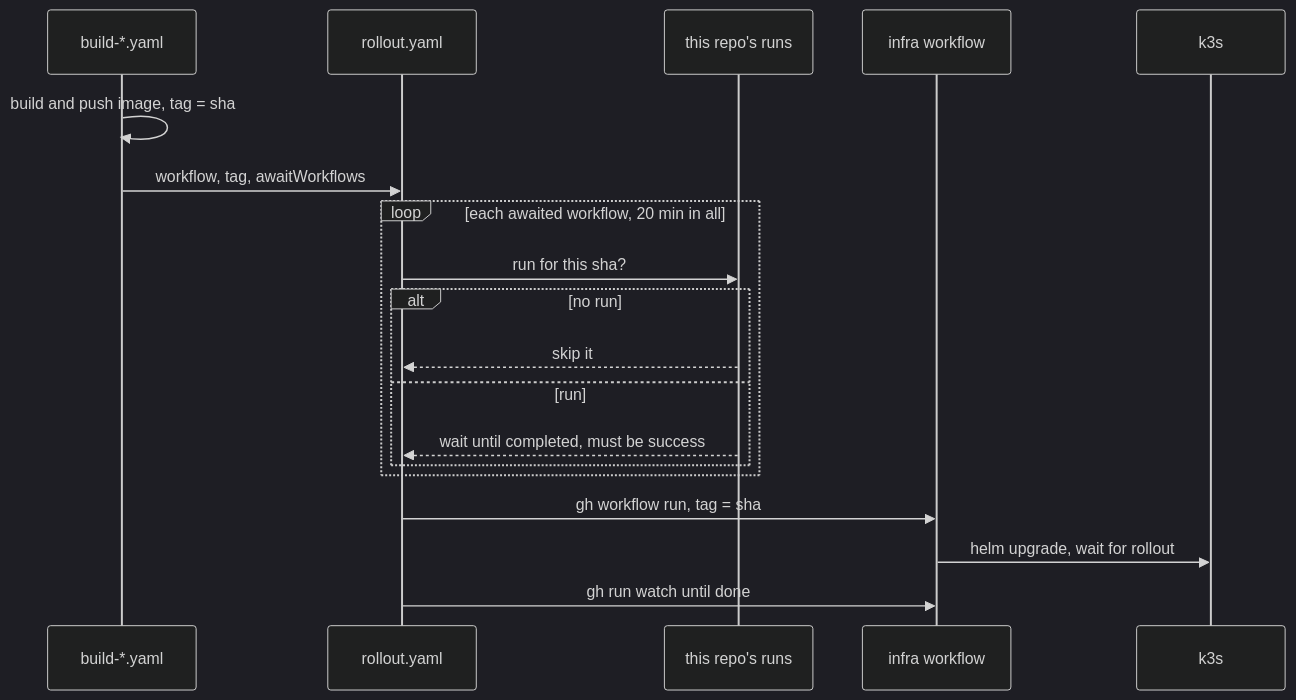
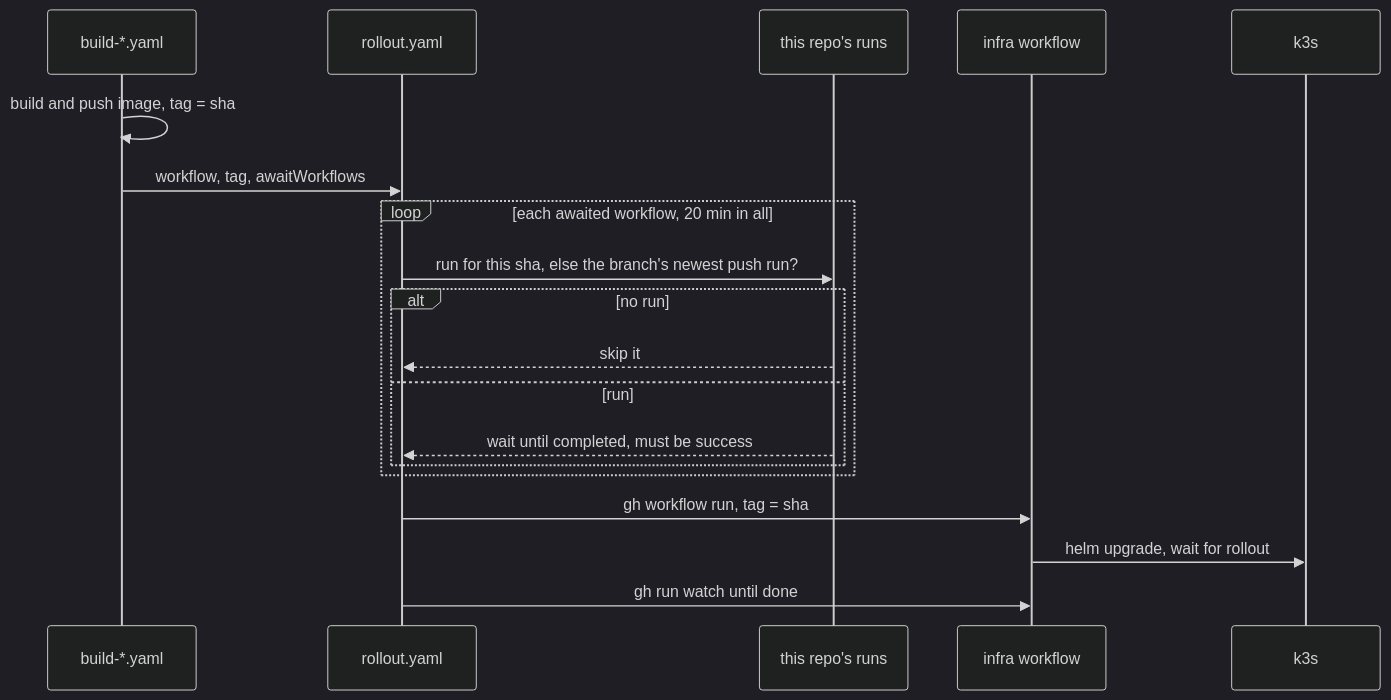
One commit to beeblastco/broods changed the third of 5 diagrams in apps/docs/docs/internals/ci-cd.md. Above: the diagram before and after it, drawn with Mermaid (dark theme). The commit also changed other lines of this file and 14 other files, not shown here.

````diff
--- a/apps/docs/docs/internals/ci-cd.md
+++ b/apps/docs/docs/internals/ci-cd.md
@@ -73,22 +73,22 @@
 ```mermaid
 sequenceDiagram
   participant B as build-*.yaml
   participant R as rollout.yaml
   participant GH as this repo's runs
   participant I as infra workflow
   participant K as k3s
 
   B->>B: build and push image, tag = sha
   B->>R: workflow, tag, awaitWorkflows
   loop each awaited workflow, 20 min in all
-    R->>GH: run for this sha?
+    R->>GH: run for this sha, else the branch's newest push run?
     alt no run
       GH-->>R: skip it
     else run
       GH-->>R: wait until completed, must be success
     end
   end
   R->>I: gh workflow run, tag = sha
   I->>K: helm upgrade, wait for rollout
   R->>I: gh run watch until done
 ```
````
